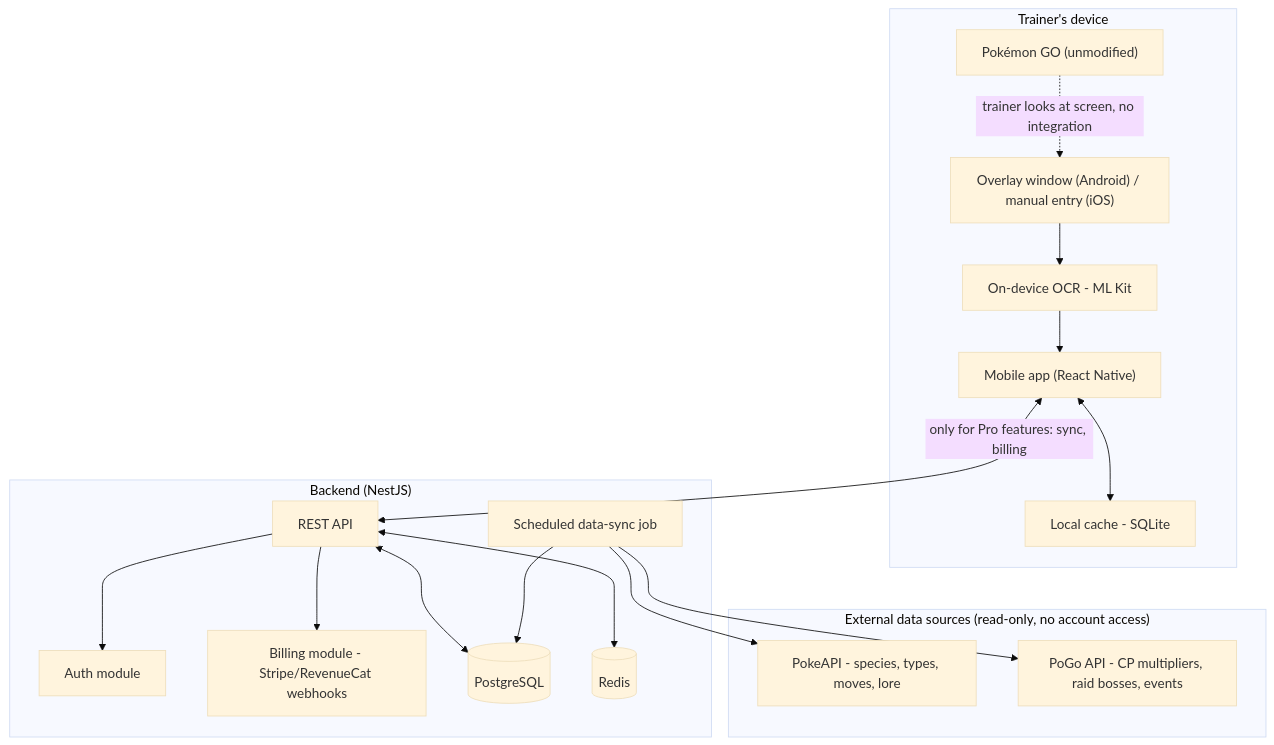
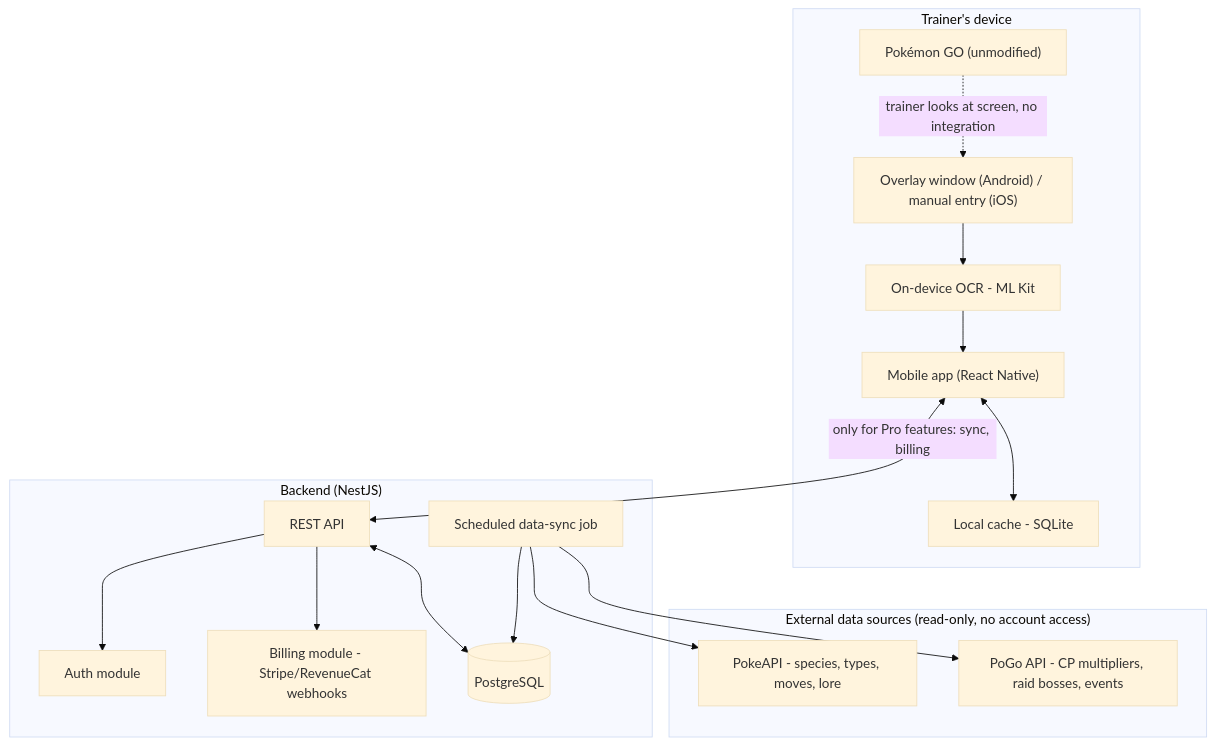
Before and after one commit to leodah20/pokemon-trainer-companion: the diagram in docs/architecture.md, drawn with Mermaid (base theme). The commit also changed other lines of this file and 12 other files, not shown here.

````diff
--- a/docs/architecture.md
+++ b/docs/architecture.md
@@ -5,37 +5,35 @@
 ```mermaid
 flowchart TB
     subgraph Device["Trainer's device"]
         PogoApp["Pokémon GO (unmodified)"]
         Overlay["Overlay window (Android) / manual entry (iOS)"]
         OCR["On-device OCR - ML Kit"]
         LocalDB["Local cache - SQLite"]
         MobileApp["Mobile app (React Native)"]
     end
 
     subgraph Cloud["Backend (NestJS)"]
         API["REST API"]
         Auth["Auth module"]
         Billing["Billing module - Stripe/RevenueCat webhooks"]
         SyncJob["Scheduled data-sync job"]
         Postgres[("PostgreSQL")]
-        Cache[("Redis")]
     end
 
     subgraph External["External data sources (read-only, no account access)"]
         PokeAPI["PokeAPI - species, types, moves, lore"]
         PoGoAPI["PoGo API - CP multipliers, raid bosses, events"]
     end
 
     PogoApp -. "trainer looks at screen, no integration" .-> Overlay
     Overlay --> OCR
     OCR --> MobileApp
     MobileApp <--> LocalDB
     MobileApp <-- "only for Pro features: sync, billing" --> API
     API --> Auth
     API --> Billing
     API <--> Postgres
-    API <--> Cache
     SyncJob --> PokeAPI
     SyncJob --> PoGoAPI
     SyncJob --> Postgres
 ```
````
